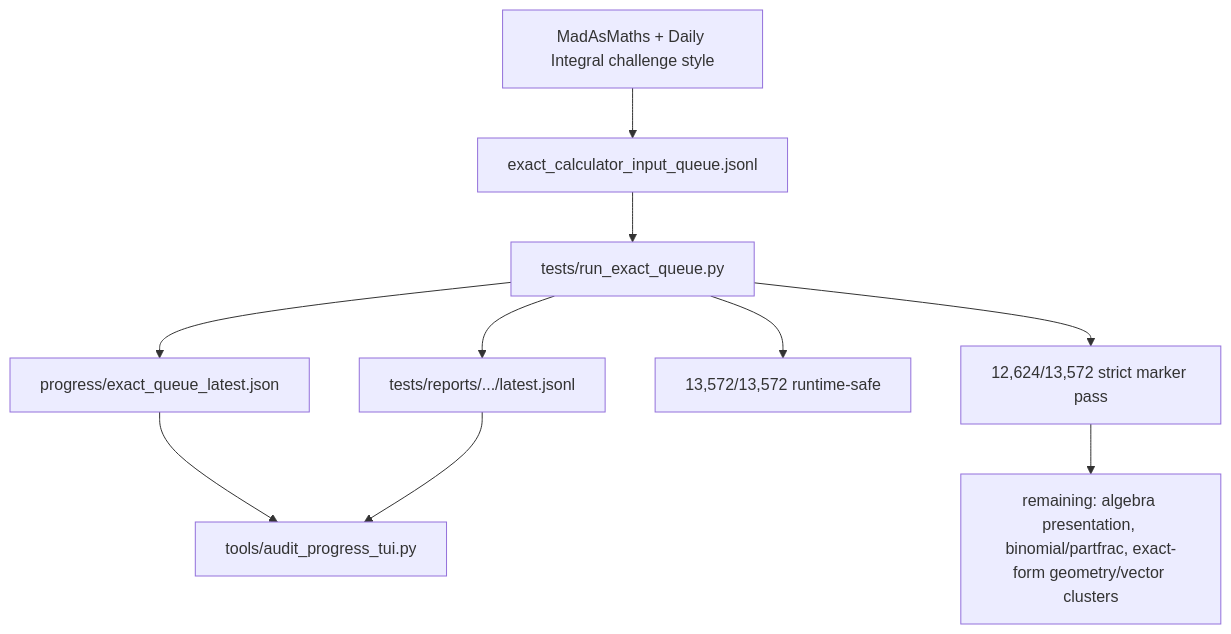
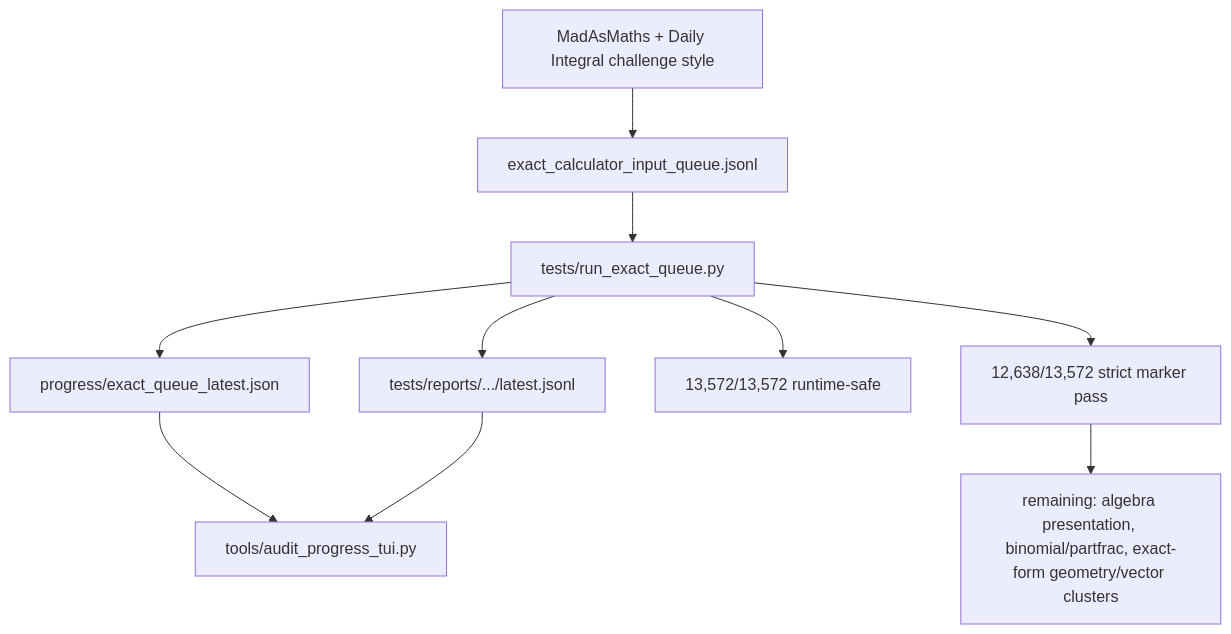
One commit to james8464/notes-addin-casio-fx-cg50 changed the fifth of 5 diagrams in docs/GRAPH.md. Above: the diagram before and after it, drawn with Mermaid. The commit also changed other lines of this file and 3 other files, not shown here.

````diff
--- a/docs/GRAPH.md
+++ b/docs/GRAPH.md
@@ -57,12 +57,12 @@
 ```mermaid
 graph TD
   Online["MadAsMaths + Daily Integral challenge style"] --> Queue["exact_calculator_input_queue.jsonl"]
   Queue --> Runner["tests/run_exact_queue.py"]
   Runner --> Live["progress/exact_queue_latest.json"]
   Runner --> Report["tests/reports/.../latest.jsonl"]
   Live --> TUI["tools/audit_progress_tui.py"]
   Report --> TUI
   Runner --> Runtime["13,572/13,572 runtime-safe"]
-  Runner --> Strict["12,624/13,572 strict marker pass"]
+  Runner --> Strict["12,638/13,572 strict marker pass"]
   Strict --> Remaining["remaining: algebra presentation, binomial/partfrac, exact-form geometry/vector clusters"]
 ```
````
